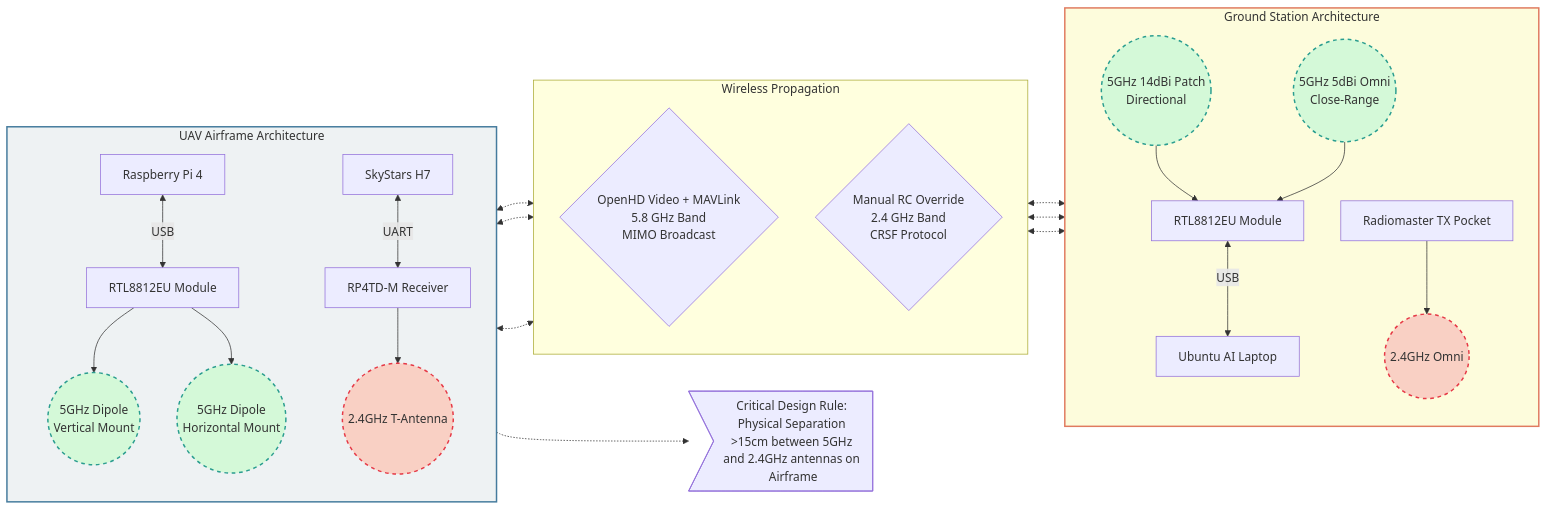
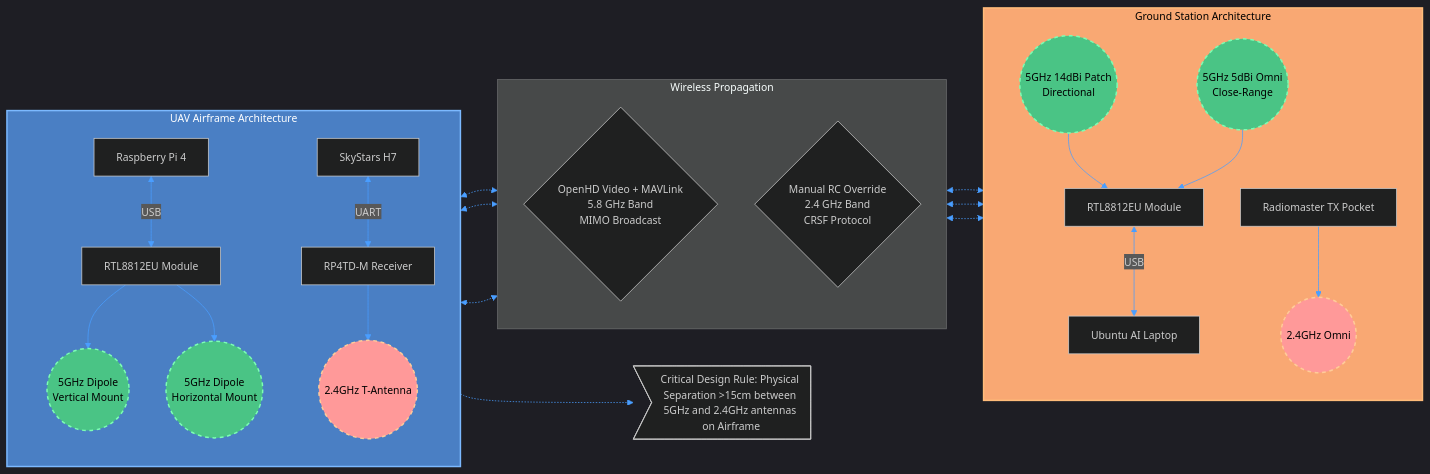
One commit to ironLegion88/Autonomous-UAV changed the diagram in docs/Architecture_Diagrams/openhd_network_topology.md. Above: the diagram before and after it, drawn with Mermaid. The commit also changed 10 other files, not shown here.

Commit message:
docs: Improve Mermaid theming contrast

````diff
--- a/docs/Architecture_Diagrams/openhd_network_topology.md
+++ b/docs/Architecture_Diagrams/openhd_network_topology.md
@@ -1,52 +1,53 @@
 ```mermaid
+%%{init: {'theme': 'dark', 'themeVariables': {'fontSize': '14px', 'primaryColor': '#1e1e1e', 'primaryTextColor': '#ffffff', 'primaryBorderColor': '#4a9eff', 'lineColor': '#4a9eff'}, 'flowchart': {'useMaxWidth': true}}}%%
 flowchart LR
     %% Styles
-    classDef drone fill:#eef2f3,stroke:#457b9d,stroke-width:2px
-    classDef ground fill:#fdfcdc,stroke:#e07a5f,stroke-width:2px
-    classDef antenna_5g fill:#d4f9d8,stroke:#2a9d8f,stroke-width:2px,stroke-dasharray: 5 5
-    classDef antenna_2g fill:#f9d0c4,stroke:#e63946,stroke-width:2px,stroke-dasharray: 5 5
+    classDef drone fill:#4a7fc4,stroke:#7cb9ff,stroke-width:2px,color:#ffffff
+    classDef ground fill:#f9a873,stroke:#ffbc7a,stroke-width:2px,color:#000000
+    classDef antenna_5g fill:#4ac485,stroke:#7cffb3,stroke-width:2px,stroke-dasharray: 5 5,color:#000000
+    classDef antenna_2g fill:#ff9999,stroke:#ffcc99,stroke-width:2px,stroke-dasharray: 5 5,color:#000000
 
     subgraph Drone [UAV Airframe Architecture]
         direction TB
         PI[Raspberry Pi 4] <-->|USB| WIFI_AIR[RTL8812EU Module]
         FC[SkyStars H7] <-->|UART| ELRS_RX[RP4TD-M Receiver]
         
         WIFI_AIR --> ANT_A1((5GHz Dipole<br>Vertical Mount)):::antenna_5g
         WIFI_AIR --> ANT_A2((5GHz Dipole<br>Horizontal Mount)):::antenna_5g
         
         ELRS_RX --> ANT_E1((2.4GHz T-Antenna)):::antenna_2g
     end
 
     subgraph RF Link [Wireless Propagation]
         direction TB
         L1{OpenHD Video + MAVLink<br>5.8 GHz Band<br>MIMO Broadcast}
         L2{Manual RC Override<br>2.4 GHz Band<br>CRSF Protocol}
     end
 
     subgraph GroundStation [Ground Station Architecture]
         direction TB
         WIFI_GND[RTL8812EU Module] <-->|USB| PC[Ubuntu AI Laptop]
         TX[Radiomaster TX Pocket]
         
         ANT_G1((5GHz 14dBi Patch<br>Directional)):::antenna_5g --> WIFI_GND
         ANT_G2((5GHz 5dBi Omni<br>Close-Range)):::antenna_5g --> WIFI_GND
         
         TX --> ANT_E2((2.4GHz Omni)):::antenna_2g
     end
 
     %% Connections
     ANT_A1 <-.-> L1
     ANT_A2 <-.-> L1
     L1 <-.-> ANT_G1
     L1 <-.-> ANT_G2
 
     ANT_E1 <-.-> L2
     L2 <-.-> ANT_E2
 
     %% Separation Note
     note1>Critical Design Rule: Physical Separation >15cm between 5GHz and 2.4GHz antennas on Airframe]
     Drone -.-> note1
 
     class Drone drone
     class GroundStation ground
 ```
````
